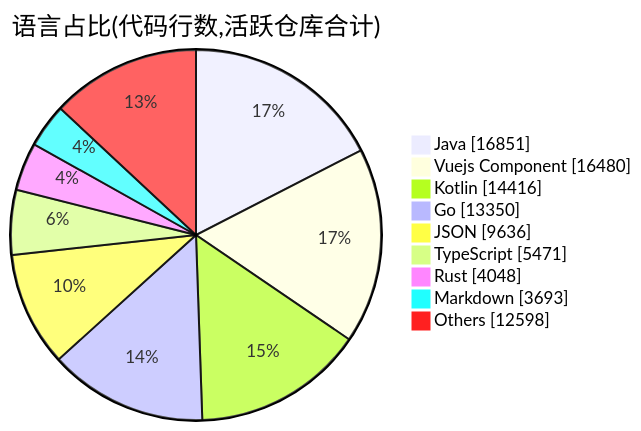
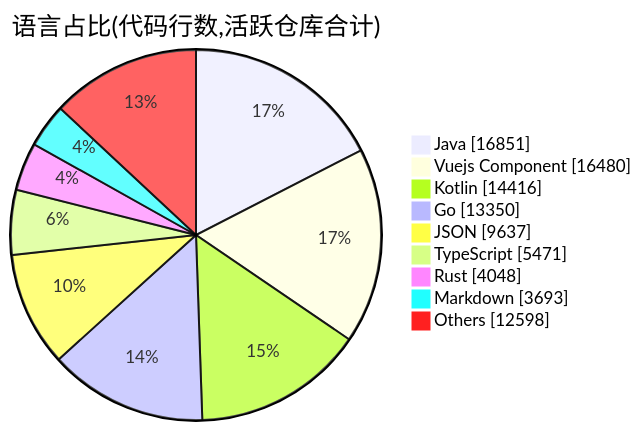
The second of 2 diagrams in profile/README.md (Conflux-Union/.github), drawn with Mermaid before and after one commit. The commit also changed other lines of this file and 1 other file, not shown here.

````diff
--- a/profile/README.md
+++ b/profile/README.md
@@ -74,13 +74,13 @@
 ```mermaid
 pie showData
     title 语言占比(代码行数,活跃仓库合计)
     "Java" : 16851
     "Vuejs Component" : 16480
     "Kotlin" : 14416
     "Go" : 13350
-    "JSON" : 9636
+    "JSON" : 9637
     "TypeScript" : 5471
     "Rust" : 4048
     "Markdown" : 3693
     "Others" : 12598
 ```
````
